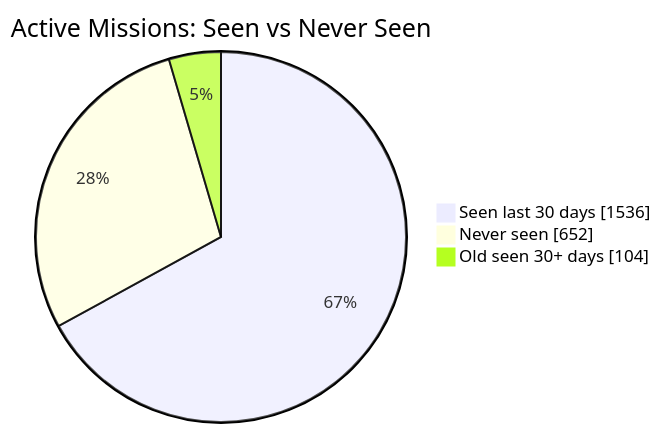
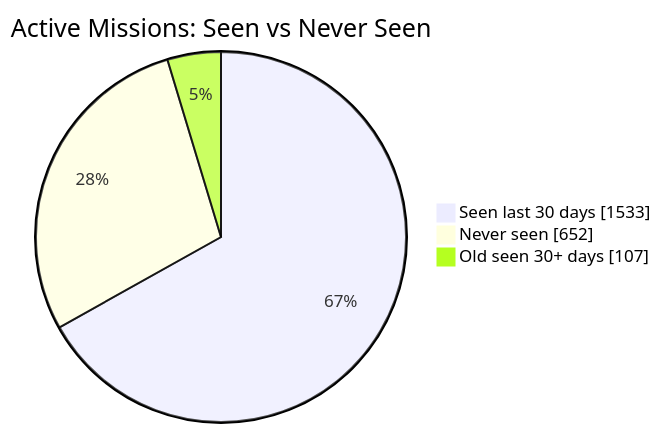
The first of 2 diagrams in README.md (MeldkamerspelGameTeam/active-missions), drawn with Mermaid before and after one commit. The commit also changed other lines of this file and 2 other files, not shown here.

````diff
--- a/README.md
+++ b/README.md
@@ -34,7 +34,7 @@
 ```mermaid
 pie showData
     title Active Missions: Seen vs Never Seen
-    "Seen last 30 days" : 1536
+    "Seen last 30 days" : 1533
     "Never seen" : 652
-    "Old seen 30+ days" : 104
+    "Old seen 30+ days" : 107
 ```
````
